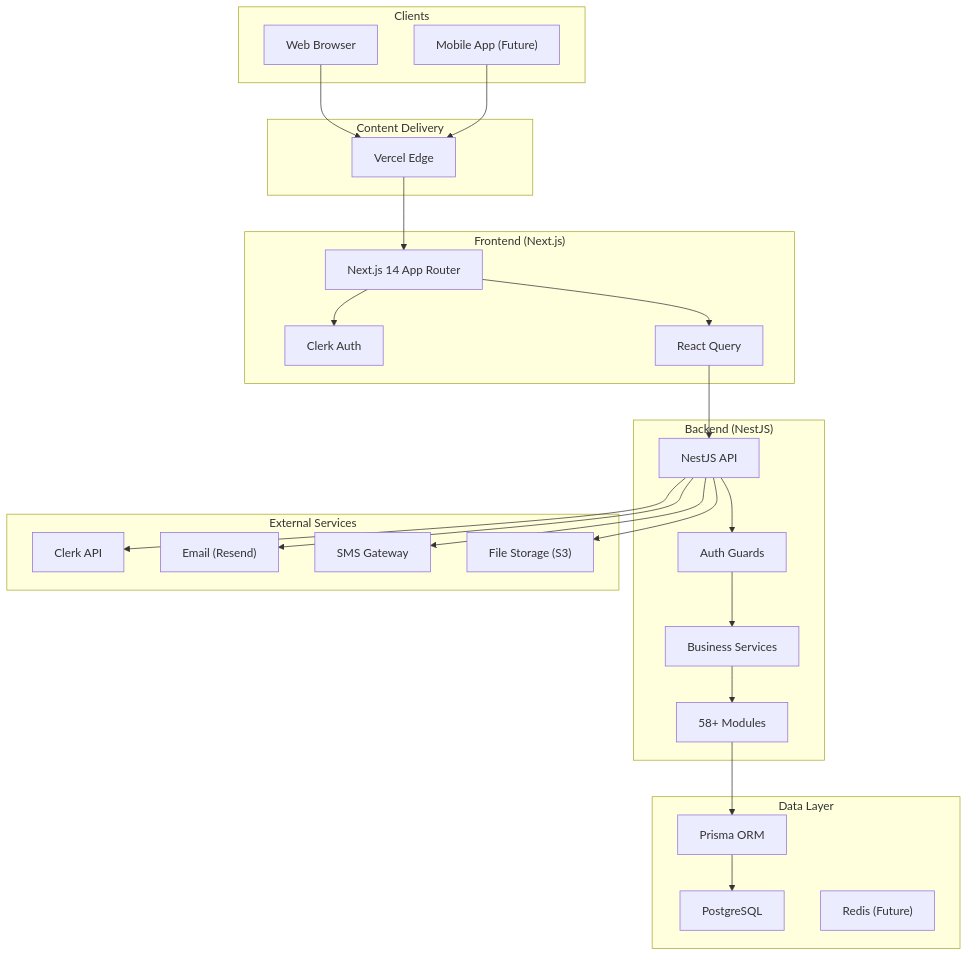
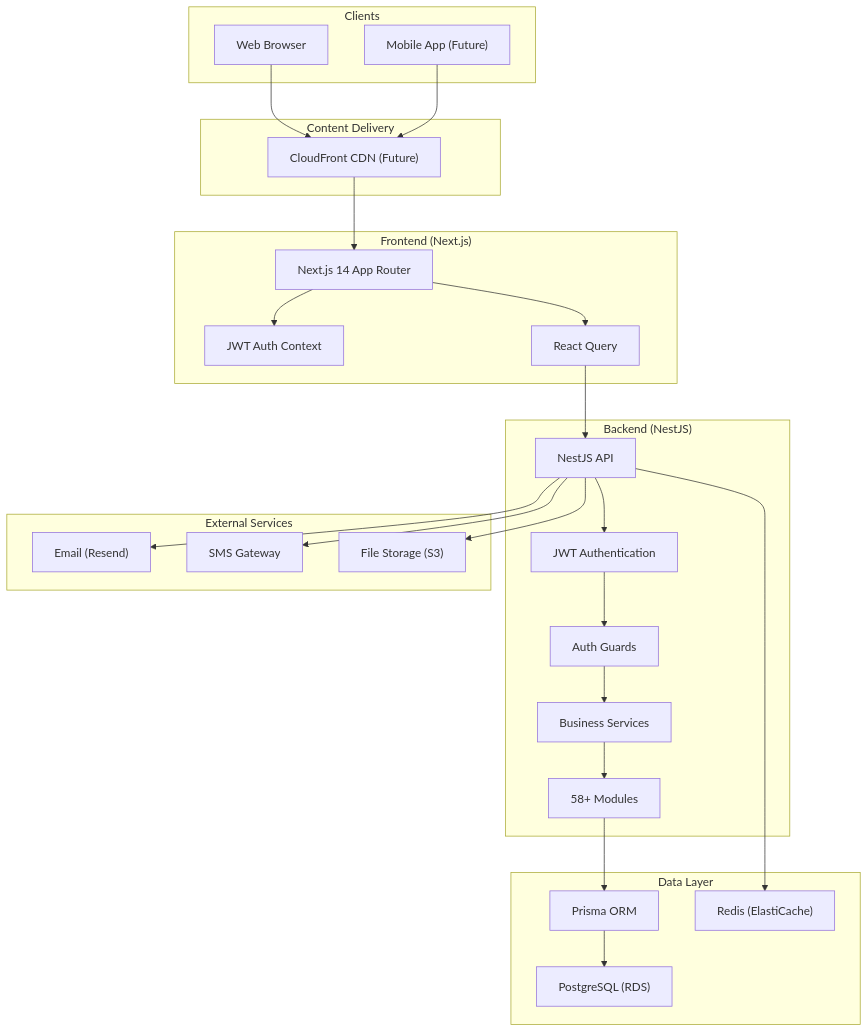
The first of 7 diagrams in docs/architecture/SYSTEM_ARCHITECTURE.md (gsriramve/edunexus), drawn with Mermaid before and after one commit. The commit also changed other lines of this file and 1 other file, not shown here.

First line of the commit message:
docs: Update architecture and session docs for JWT migration

````diff
--- a/docs/architecture/SYSTEM_ARCHITECTURE.md
+++ b/docs/architecture/SYSTEM_ARCHITECTURE.md
@@ -7,53 +9,54 @@
 ```mermaid
 flowchart TB
     subgraph Clients["Clients"]
         Web["Web Browser"]
         Mobile["Mobile App (Future)"]
     end
 
     subgraph CDN["Content Delivery"]
-        Vercel["Vercel Edge"]
+        CloudFront["CloudFront CDN (Future)"]
     end
 
     subgraph Frontend["Frontend (Next.js)"]
         NextJS["Next.js 14 App Router"]
-        Clerk["Clerk Auth"]
+        AuthContext["JWT Auth Context"]
         TanStack["React Query"]
     end
 
     subgraph Backend["Backend (NestJS)"]
         API["NestJS API"]
+        JWTAuth["JWT Authentication"]
         Guards["Auth Guards"]
         Services["Business Services"]
         Modules["58+ Modules"]
     end
 
     subgraph Data["Data Layer"]
         Prisma["Prisma ORM"]
-        PostgreSQL["PostgreSQL"]
-        Redis["Redis (Future)"]
+        PostgreSQL["PostgreSQL (RDS)"]
+        Redis["Redis (ElastiCache)"]
     end
 
     subgraph External["External Services"]
-        ClerkAPI["Clerk API"]
         Email["Email (Resend)"]
         SMS["SMS Gateway"]
         Storage["File Storage (S3)"]
     end
 
-    Web --> Vercel
-    Mobile --> Vercel
-    Vercel --> NextJS
-    NextJS --> Clerk
+    Web --> CloudFront
+    Mobile --> CloudFront
+    CloudFront --> NextJS
+    NextJS --> AuthContext
     NextJS --> TanStack
     TanStack --> API
-    API --> Guards
+    API --> JWTAuth
+    JWTAuth --> Guards
     Guards --> Services
     Services --> Modules
     Modules --> Prisma
     Prisma --> PostgreSQL
-    API --> ClerkAPI
+    API --> Redis
     API --> Email
     API --> SMS
     API --> Storage
 ```
````
